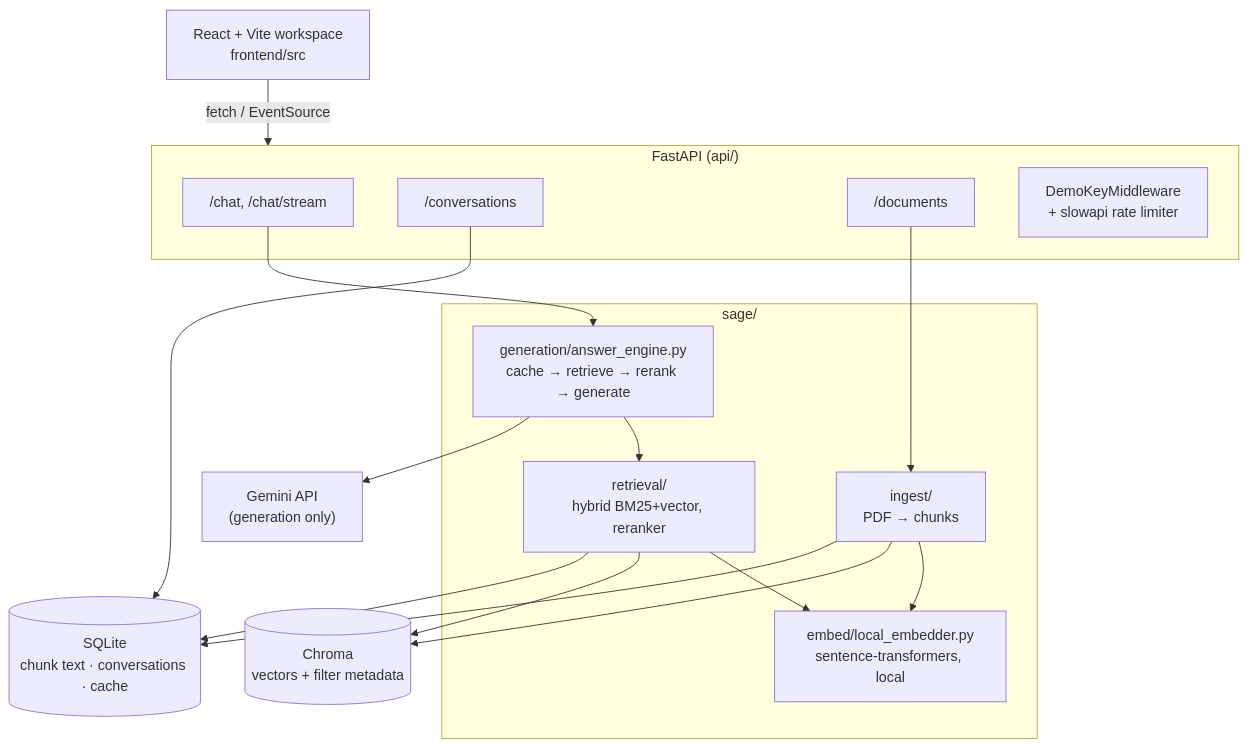
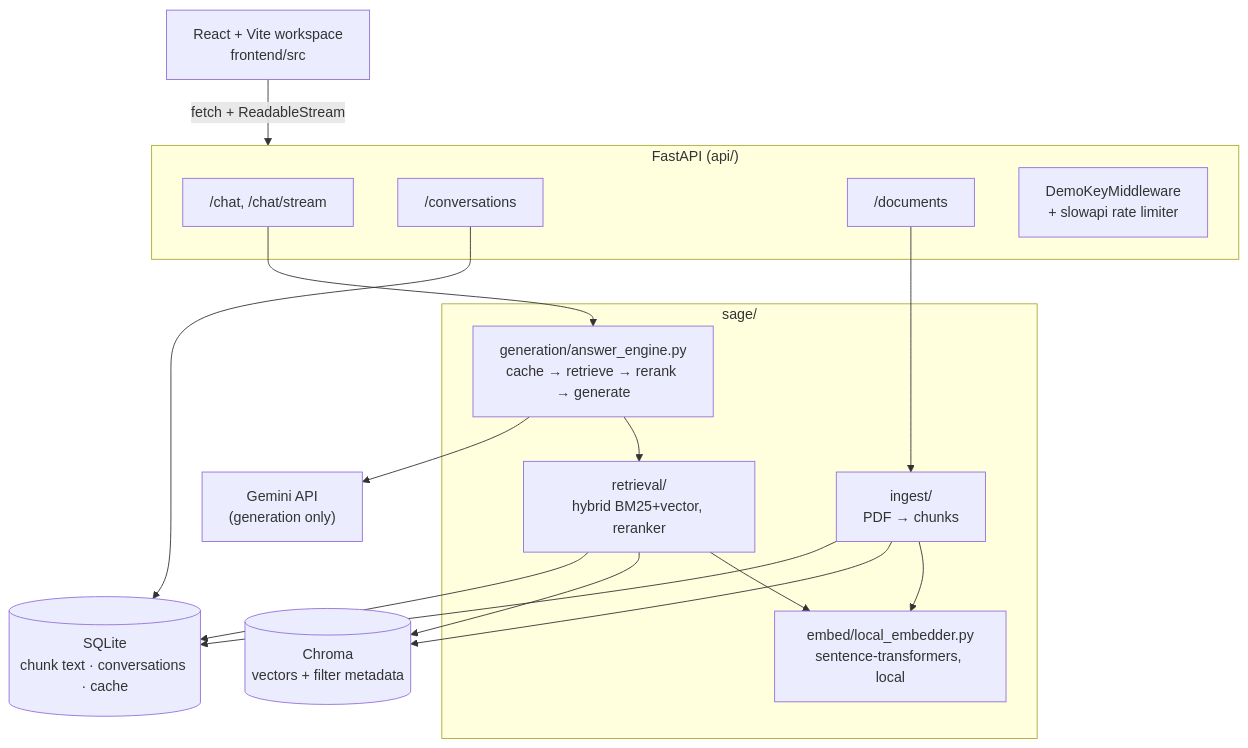
One commit to lakshayxi/sage changed the first of 2 diagrams in README.md. Above: the diagram before and after it, drawn with Mermaid. The commit also changed other lines of this file and 8 other files, not shown here.

````diff
--- a/README.md
+++ b/README.md
@@ -29,31 +32,31 @@
 ```mermaid
 graph TD
-    UI["React + Vite workspace<br/>frontend/src"] -->|fetch / EventSource| API
+    UI["React + Vite workspace<br/>frontend/src"] -->|fetch + ReadableStream| API
 
     subgraph API["FastAPI (api/)"]
         Chat["/chat, /chat/stream"]
         Conv["/conversations"]
         Docs["/documents"]
         MW["DemoKeyMiddleware<br/>+ slowapi rate limiter"]
     end
 
     Chat --> Engine
     Conv --> DB
     Docs --> Ingest
 
     subgraph Core["sage/"]
         Engine["generation/answer_engine.py<br/>cache → retrieve → rerank → generate"]
         Retrieval["retrieval/<br/>hybrid BM25+vector, reranker"]
         Ingest["ingest/<br/>PDF → chunks"]
         Embed["embed/local_embedder.py<br/>sentence-transformers, local"]
     end
 
     Engine --> Retrieval
     Engine --> Gemini["Gemini API<br/>(generation only)"]
     Retrieval --> Embed
     Retrieval --> Chroma[("Chroma<br/>vectors + filter metadata")]
     Retrieval --> DB[("SQLite<br/>chunk text · conversations · cache")]
     Ingest --> Embed
     Ingest --> Chroma
     Ingest --> DB
 ```
````
